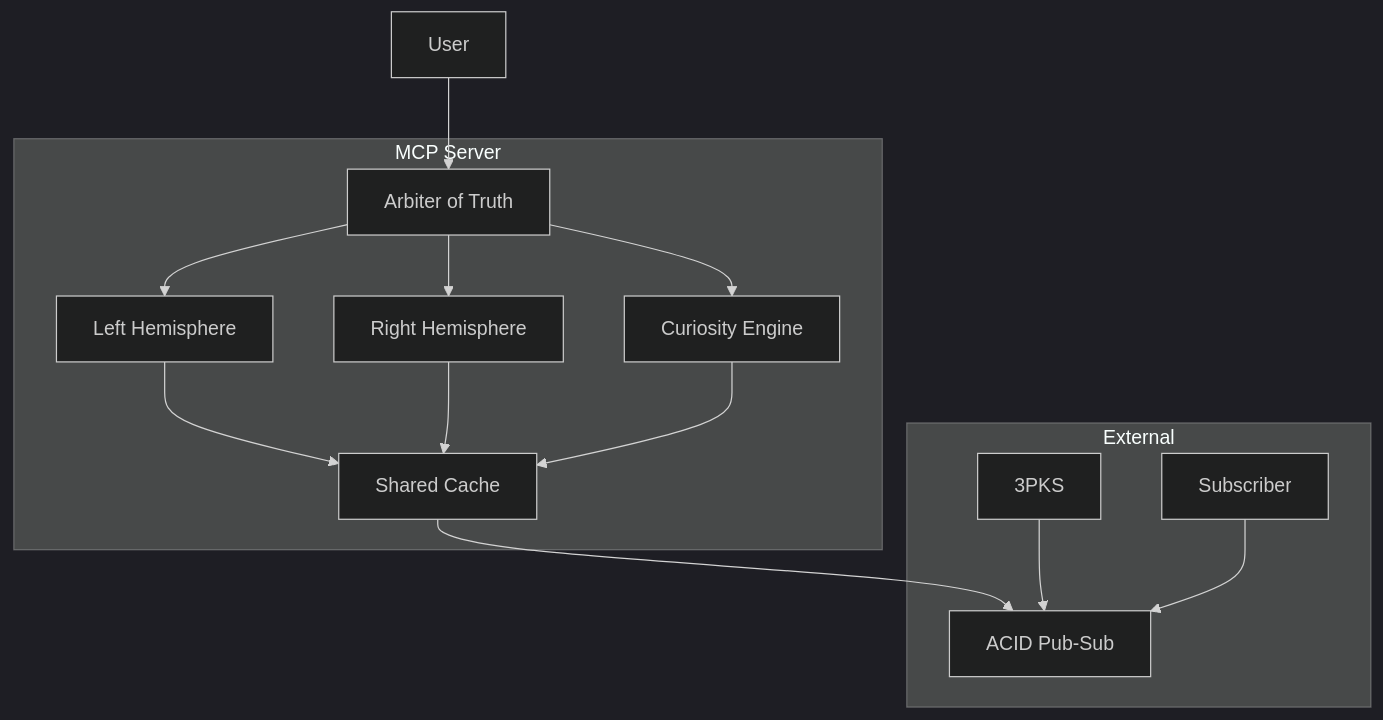
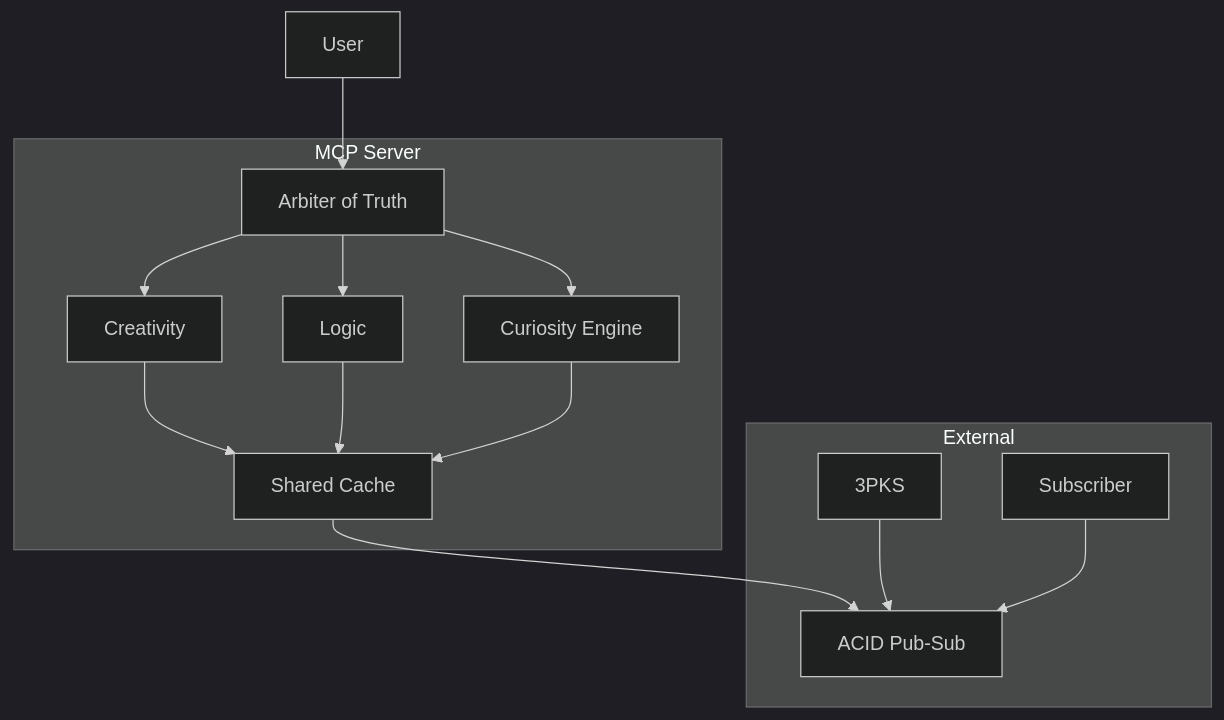
Before and after one commit to sharpninja/McpServer: the sixth of 6 diagrams in docs/Project/Quad-Model-Transactional-Diffgram-Plan.md, drawn with Mermaid (dark theme). The commit also changed other lines of this file and 39 other files, not shown here.

````diff
--- a/docs/Project/Quad-Model-Transactional-Diffgram-Plan.md
+++ b/docs/Project/Quad-Model-Transactional-Diffgram-Plan.md
@@ -207,23 +207,23 @@
 ```mermaid
 flowchart TB
     subgraph MCP Server
-        LM[Left Hemisphere]
-        RM[Right Hemisphere]
+        CR[Creativity]
+        LG[Logic]
         CM[Curiosity Engine]
         AM[Arbiter of Truth]
         Cache[Shared Cache]
     end
 
     subgraph External
         PubSub[ACID Pub-Sub]
         KeyServer[3PKS]
         Sub[Subscriber]
     end
 
     User --> AM
-    AM --> LM & RM & CM
-    LM & RM & CM --> Cache
+    AM --> CR & LG & CM
+    CR & LG & CM --> Cache
     Cache --> PubSub
     KeyServer --> PubSub
     Sub --> PubSub
 ```
````
